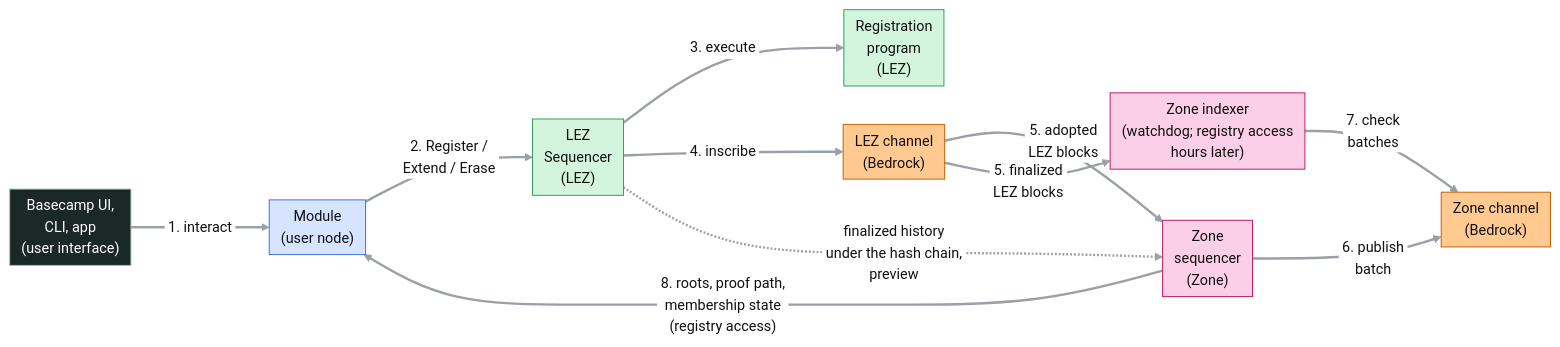
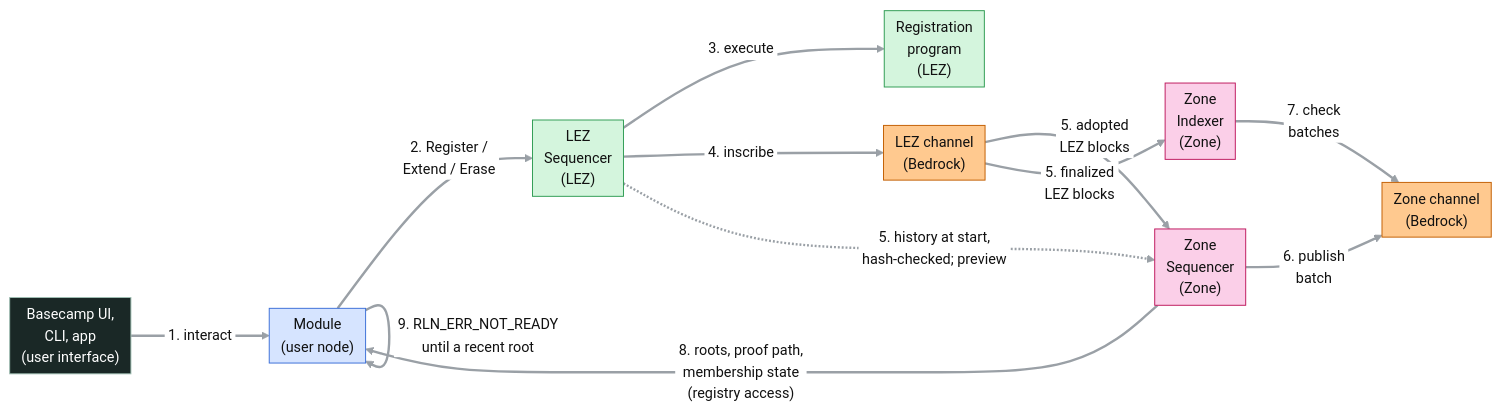
One commit to logos-co/logos-lips changed the diagram in docs/anoncomms/raw/images/rln-membership-zone-registration.mmd. Above: the diagram before and after it, drawn with Mermaid. The commit also changed 6 other files, not shown here.

```diff
--- a/docs/anoncomms/raw/images/rln-membership-zone-registration.mmd
+++ b/docs/anoncomms/raw/images/rln-membership-zone-registration.mmd
@@ -1,26 +1,27 @@
 %% Source of images/rln-membership-zone-registration.png (rln-membership-zone.md). Render after an
 %% edit: base64url-encode this file and GET https://mermaid.ink/img/<encoded>?type=png&width=2000&scale=2&bgColor=!white
 %%{init: {"theme": "base", "flowchart": {"curve": "basis", "nodeSpacing": 40, "rankSpacing": 70, "padding": 6}, "themeVariables": {"lineColor": "#9aa0a6", "primaryTextColor": "#111111", "edgeLabelBackground": "#ffffff", "fontSize": "15px"}, "themeCSS": "marker { overflow: visible; } .arrowMarkerPath { transform: scale(1.7); transform-origin: 5px 5px; } .edgeLabel, .edgeLabel p, .edgeLabel span { font-size: 12px; line-height: 1.2; }"}}%%
 flowchart LR
     APP["Basecamp UI,<br/>CLI, app<br/>(user interface)"] -->|"#nbsp;1. interact#nbsp;"| MOD["Module<br/>(user node)"]
     MOD -->|"#nbsp;2. Register /#nbsp;<br/>#nbsp;Extend / Erase#nbsp;"| LSEQ["LEZ<br/>Sequencer<br/>(LEZ)"]
     LSEQ -->|"#nbsp;3. execute#nbsp;"| PROG["Registration<br/>program<br/>(LEZ)"]
     LSEQ -->|"#nbsp;4. inscribe#nbsp;"| LCH["LEZ channel<br/>(Bedrock)"]
-    LCH -->|"#nbsp;5. adopted#nbsp;<br/>#nbsp;LEZ blocks#nbsp;"| ZSEQ["Zone<br/>sequencer<br/>(Zone)"]
-    LCH -->|"#nbsp;5. finalized#nbsp;<br/>#nbsp;LEZ blocks#nbsp;"| IDX["Zone indexer<br/>(watchdog; registry access<br/>hours later)"]
-    LSEQ -.->|"#nbsp;finalized history#nbsp;<br/>#nbsp;under the hash chain,#nbsp;<br/>#nbsp;preview#nbsp;"| ZSEQ
+    LCH -->|"#nbsp;5. adopted#nbsp;<br/>#nbsp;LEZ blocks#nbsp;"| ZSEQ["Zone<br/>Sequencer<br/>(Zone)"]
+    LCH -->|"#nbsp;5. finalized#nbsp;<br/>#nbsp;LEZ blocks#nbsp;"| IDX["Zone<br/>Indexer<br/>(Zone)"]
+    LSEQ -.->|"#nbsp;5. history at start,#nbsp;<br/>#nbsp;hash-checked; preview#nbsp;"| ZSEQ
     ZSEQ -->|"#nbsp;6. publish#nbsp;<br/>#nbsp;batch#nbsp;"| ZCH["Zone channel<br/>(Bedrock)"]
     IDX -->|"#nbsp;7. check#nbsp;<br/>#nbsp;batches#nbsp;"| ZCH
     ZSEQ -->|"#nbsp;8. roots, proof path,#nbsp;<br/>#nbsp;membership state#nbsp;<br/>#nbsp;(registry access)#nbsp;"| MOD
+    MOD -->|"#nbsp;9. RLN_ERR_NOT_READY#nbsp;<br/>#nbsp;until a recent root#nbsp;"| MOD
     linkStyle default stroke-width:2.5px
 
     classDef ui fill:#1a2826,stroke:#9fbfb3,color:#ffffff
     classDef user fill:#d6e4ff,stroke:#3b6fd8,color:#111111
     classDef lez fill:#d4f5dd,stroke:#2e9b52,color:#111111
     classDef l1 fill:#ffc98f,stroke:#c25e00,color:#111111
     classDef zone fill:#fbcfe8,stroke:#be185d,color:#111111
     class APP ui
     class MOD user
     class LSEQ,PROG lez
     class LCH,ZCH l1
     class ZSEQ,IDX zone
```
